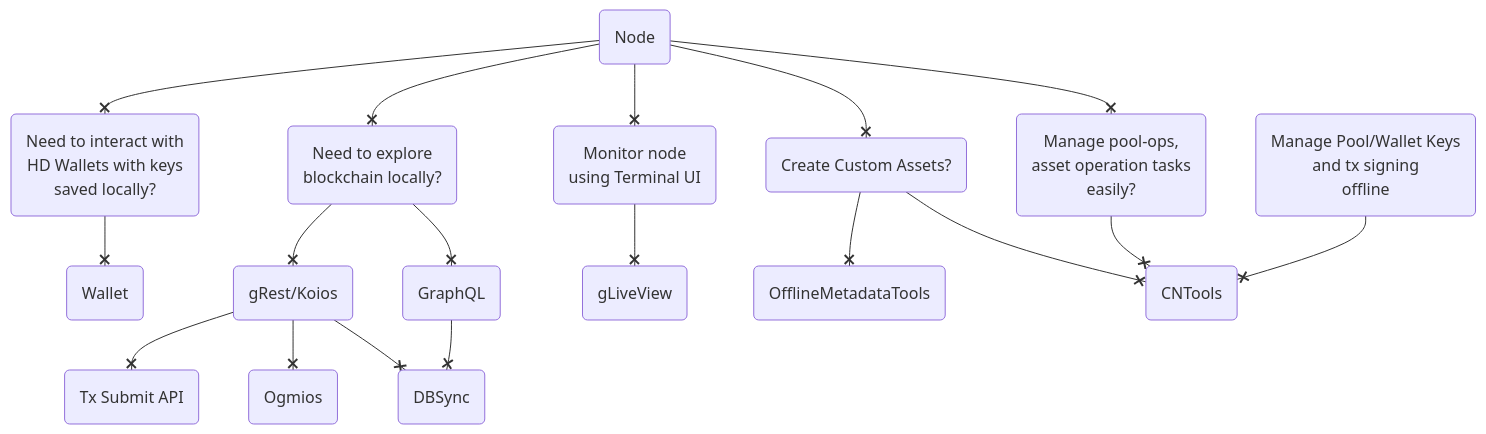
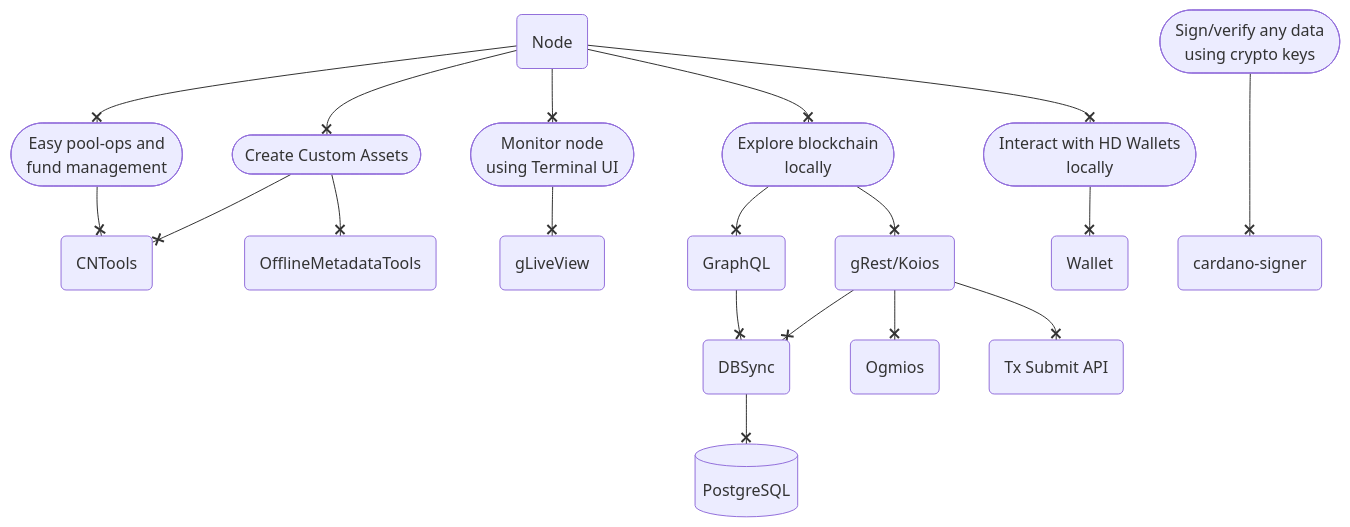
The diagram in docs/build.md (cardano-community/guild-operators), drawn with Mermaid before and after one commit. The commit also changed other lines of this file, not shown here.

````diff
--- a/docs/build.md
+++ b/docs/build.md
@@ -7,32 +7,33 @@
 ``` mermaid
 graph TB
-  A(Need to interact with <br/>HD Wallets with keys<br/>saved locally?)
-  B(Need to explore <br/> blockchain locally?)
-  C(Manage pool-ops, <br/> asset operation tasks <br/> easily?)
-  D(Create Custom Assets?)
-  E(Monitor node <br/> using Terminal UI)
+  A([Interact with HD Wallets<br/>locally])
+  B([Explore blockchain<br/>locally])
+  C([Easy pool-ops and<br/>fund management])
+  D([Create Custom Assets])
+  E([Monitor node <br/>using Terminal UI])
+  F([Sign/verify any data<br/>using crypto keys])
   N(Node)
-  F(Manage Pool/Wallet Keys<br/>and tx signing<br/>offline)
   O(Ogmios)
   P(gRest/Koios)
   Q(DBSync)
   R(Wallet)
   S(CNTools)
   T(Tx Submit API)
   U(GraphQL)
   V(OfflineMetadataTools)
   X(gLiveView)
+  Y(cardano-signer)
+  Z[(PostgreSQL)]
 
-F --x S
 N --x C --x S
-N --x D
-D --x S
-D --x V
+N --x D --x S & V
 N --x E --x X
 N --x B
 B --x U --x Q
 B --x P --x Q
 P --x O
 P --x T
+F ---x Y
 N --x A --x R
+Q --x Z
 ```
````
